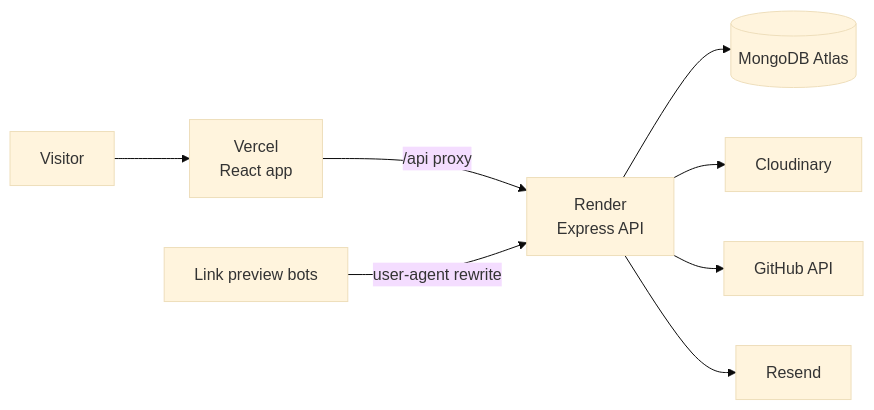
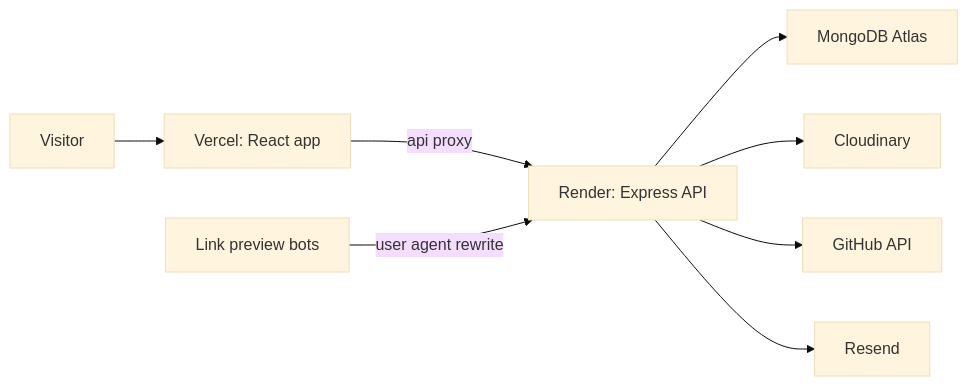
Before and after one commit to dipakhore979/MY-PORTFOLIO: the diagram in README.md, drawn with Mermaid (base theme).

Commit message:
Modify Readme [Upload Screenshot]

````diff
--- a/README.md
+++ b/README.md
@@ -100,10 +100,10 @@
 ```mermaid
 flowchart LR
-  V[Visitor] --> F[Vercel<br/>React app]
-  F -- "/api proxy" --> A[Render<br/>Express API]
-  B[Link preview bots] -- "user-agent rewrite" --> A
-  A --> D[(MongoDB Atlas)]
-  A --> C[Cloudinary]
-  A --> G[GitHub API]
-  A --> E[Resend]
+  visitor["Visitor"] --> vercel["Vercel: React app"]
+  vercel -->|api proxy| api["Render: Express API"]
+  bots["Link preview bots"] -->|user agent rewrite| api
+  api --> db["MongoDB Atlas"]
+  api --> cloud["Cloudinary"]
+  api --> github["GitHub API"]
+  api --> mail["Resend"]
 ```
````
